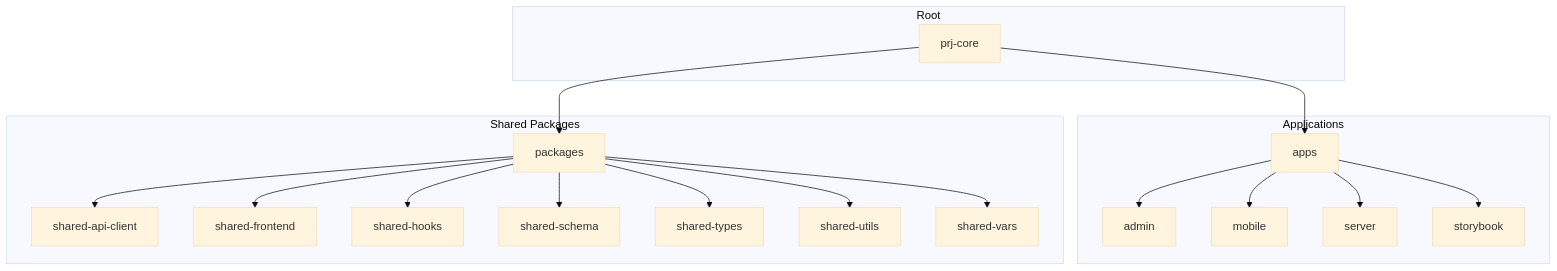
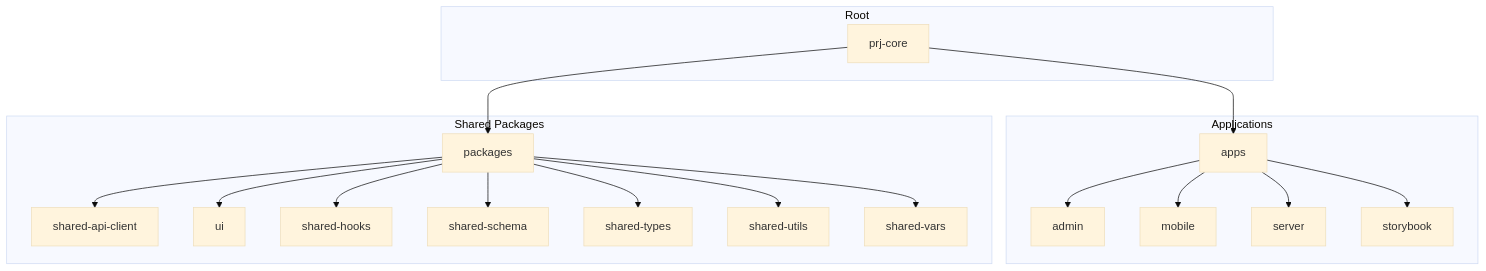
Before and after one commit to kimjoongwon/prj-core: the first of 7 diagrams in .qoder/repowiki/en/content/Backend Architecture/Backend Architecture.md, drawn with Mermaid (base theme). The commit also changed other lines of this file and 56 other files, not shown here.

````diff
--- a/.qoder/repowiki/en/content/Backend Architecture/Backend Architecture.md
+++ b/.qoder/repowiki/en/content/Backend Architecture/Backend Architecture.md
@@ -38,25 +41,25 @@
 ```mermaid
 graph TD
 subgraph "Root"
 A[prj-core]
 end
 subgraph "Applications"
 B[apps]
 B --> C[admin]
 B --> D[mobile]
 B --> E[server]
 B --> F[storybook]
 end
 subgraph "Shared Packages"
 G[packages]
 G --> H[shared-api-client]
-G --> I[shared-frontend]
+G --> I[ui]
 G --> J[shared-hooks]
 G --> K[shared-schema]
 G --> L[shared-types]
 G --> M[shared-utils]
 G --> N[shared-vars]
 end
 A --> B
 A --> G
 ```
````
